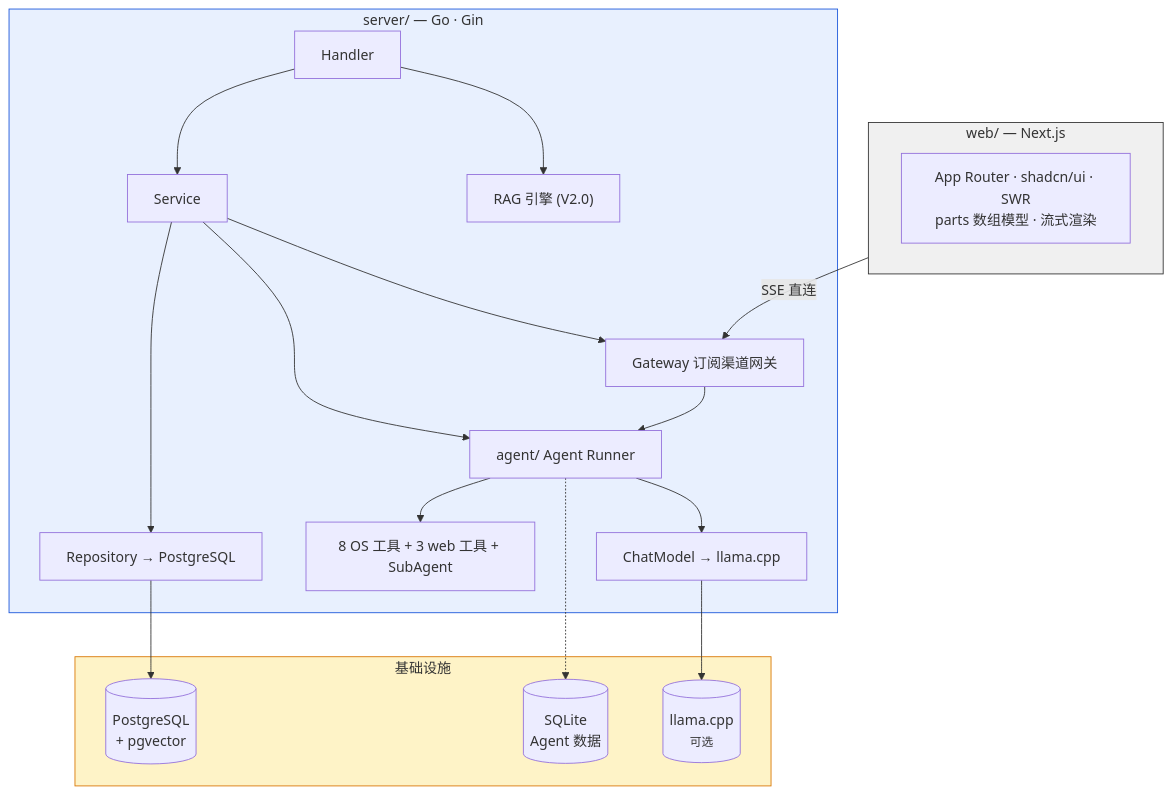
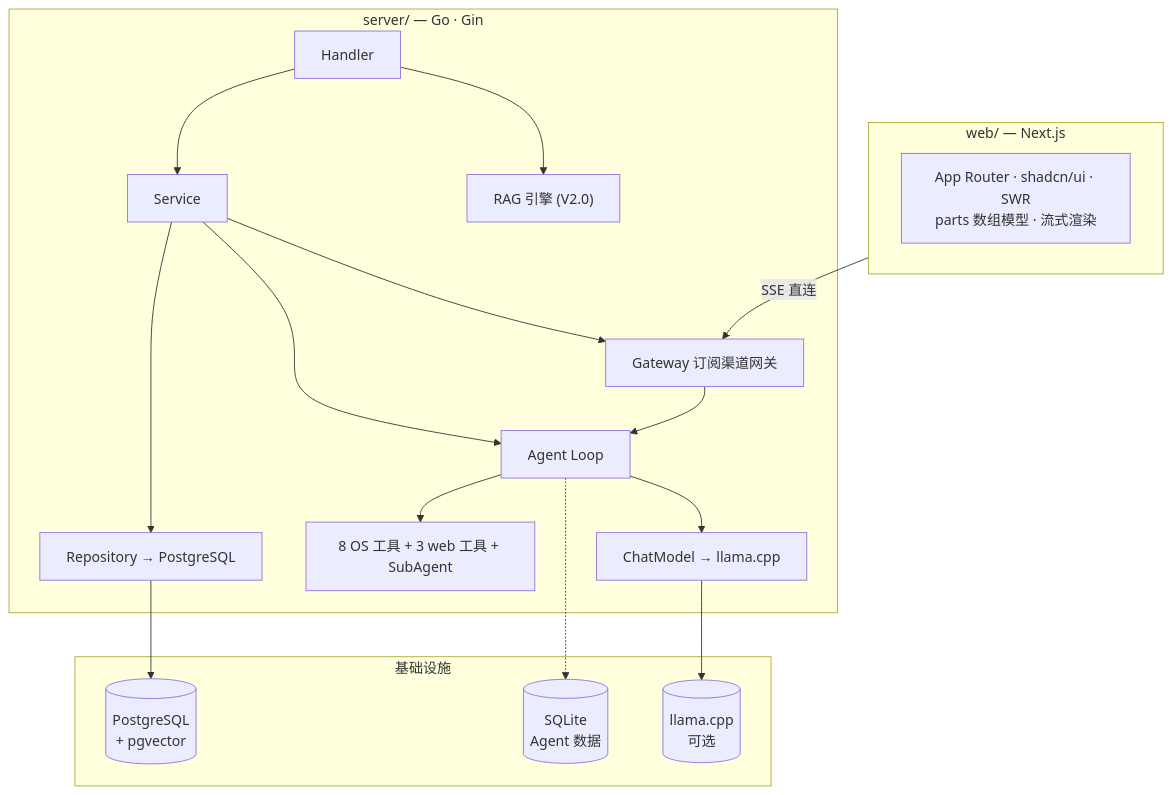
The first of 2 diagrams in README.md (int2t05/Cognik), drawn with Mermaid before and after one commit. The commit also changed other lines of this file and 7 other files, not shown here.

````diff
--- a/README.md
+++ b/README.md
@@ -64,29 +34,25 @@
 ```mermaid
 graph TB
     subgraph Frontend["web/ — Next.js"]
         UI["App Router · shadcn/ui · SWR<br>parts 数组模型 · 流式渲染"]
     end
     subgraph Backend["server/ — Go · Gin"]
         H["Handler"] --> SVC["Service"]
         SVC --> GW["Gateway 订阅渠道网关"]
-        SVC --> AG["agent/ Agent Runner"]
+        SVC --> AG["Agent Loop"]
         AG --> MODEL["ChatModel → llama.cpp"]
         AG --> TOOLS["8 OS 工具 + 3 web 工具 + SubAgent"]
         SVC --> R["Repository → PostgreSQL"]
         H --> RAG["RAG 引擎 (V2.0)"]
     end
     subgraph Infra["基础设施"]
         PG[("PostgreSQL<br>+ pgvector")]
         SQLite[("SQLite<br>Agent 数据")]
-        LLM[("llama.cpp<br><small>可选</small>")]
+        LLM[("llama.cpp<br>可选")]
     end
     Frontend -->|"SSE 直连"| GW
     GW --> AG
     R --> PG
     AG -.-> SQLite
     MODEL --> LLM
-
-    style Frontend fill:#f0f0f0,stroke:#333
-    style Backend fill:#e8f0fe,stroke:#1a56db
-    style Infra fill:#fef3c7,stroke:#d97706
 ```
````
